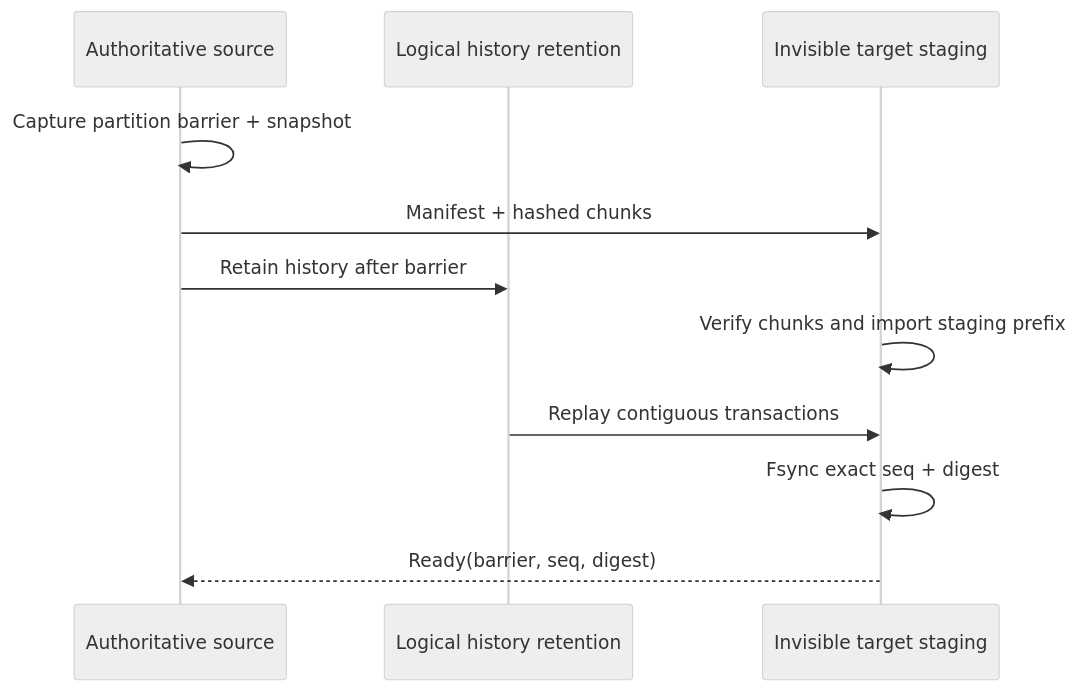
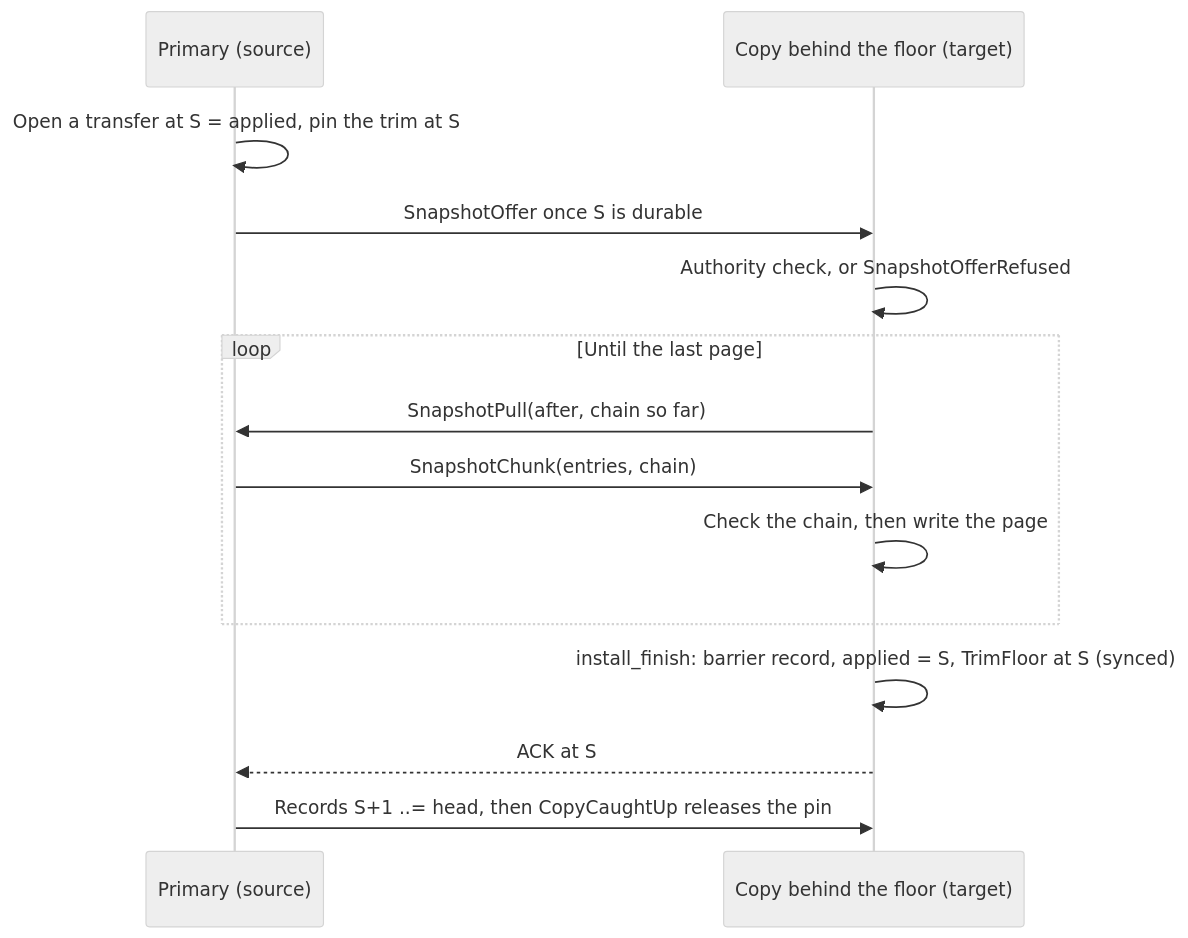
One commit to achieveai/rDB changed diagram 24 of 29 in docs/rdb/design-specification.md. Above: the diagram before and after it, drawn with Mermaid (neutral theme). The commit also changed other lines of this file and 8 other files, not shown here.

````diff
--- a/docs/rdb/design-specification.md
+++ b/docs/rdb/design-specification.md
@@ -989,13 +1021,16 @@
 ```mermaid
 sequenceDiagram
-  participant S as Authoritative source
-  participant DB as Logical history retention
-  participant T as Invisible target staging
-  S->>S: Capture partition barrier + snapshot
-  S->>T: Manifest + hashed chunks
-  S->>DB: Retain history after barrier
-  T->>T: Verify chunks and import staging prefix
-  DB->>T: Replay contiguous transactions
-  T->>T: Fsync exact seq + digest
-  T-->>S: Ready(barrier, seq, digest)
+  participant S as Primary (source)
+  participant T as Copy behind the floor (target)
+  S->>S: Open a transfer at S = applied, pin the trim at S
+  S->>T: SnapshotOffer once S is durable
+  T->>T: Authority check, or SnapshotOfferRefused
+  loop Until the last page
+    T->>S: SnapshotPull(after, chain so far)
+    S->>T: SnapshotChunk(entries, chain)
+    T->>T: Check the chain, then write the page
+  end
+  T->>T: install_finish: barrier record, applied = S, TrimFloor at S (synced)
+  T-->>S: ACK at S
+  S->>T: Records S+1 ..= head, then CopyCaughtUp releases the pin
 ```
````
